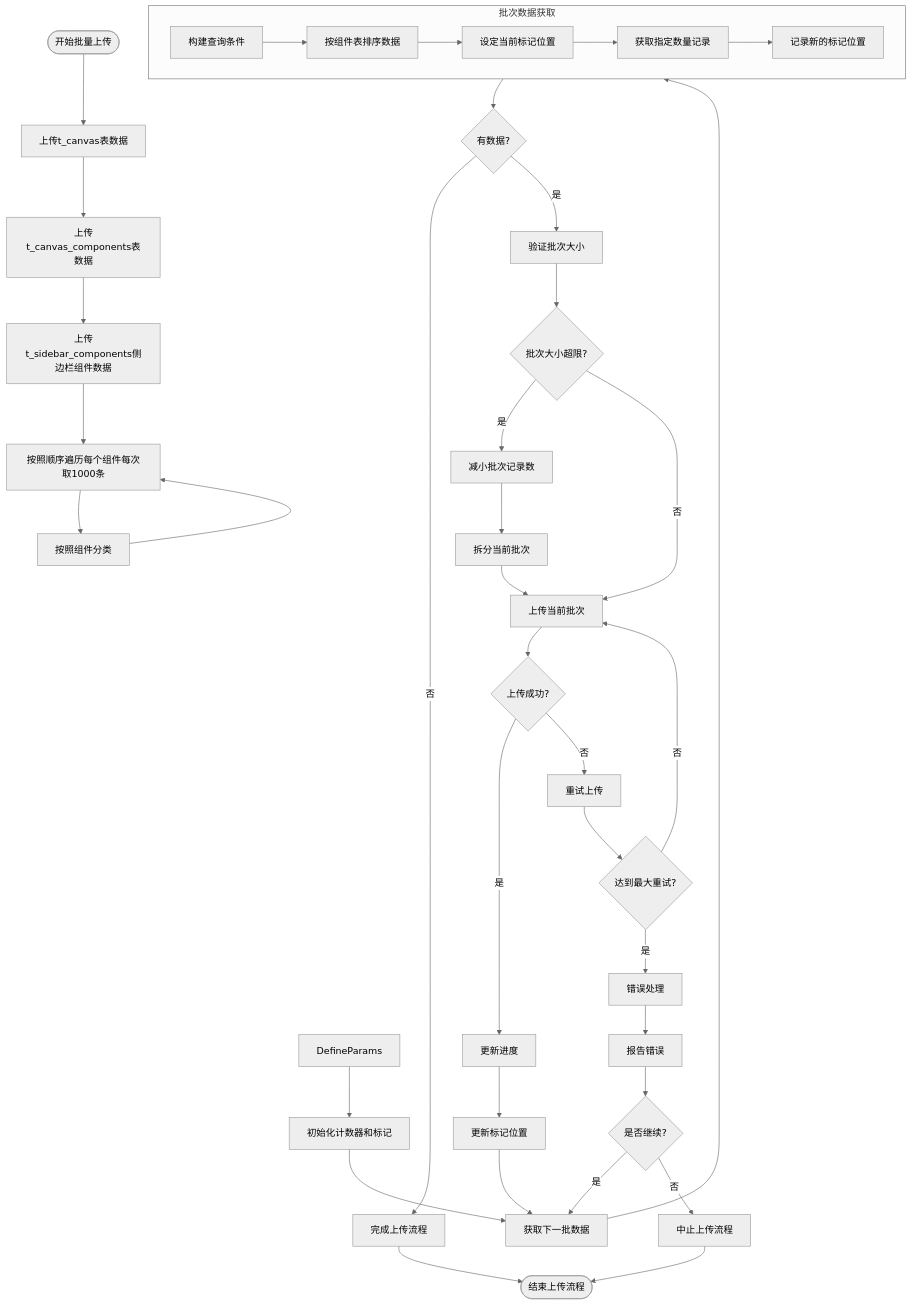
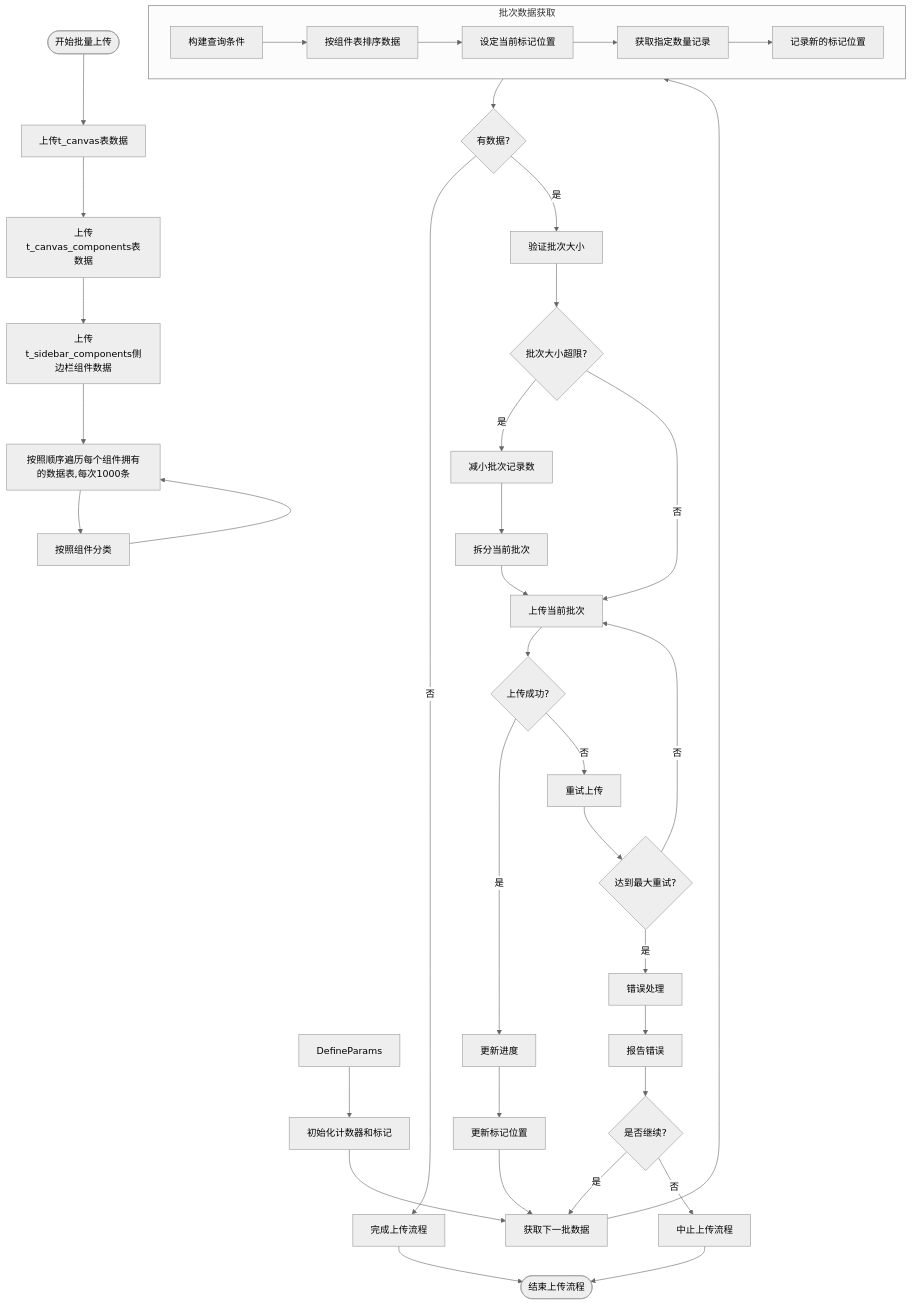
The diagram in all/未命名-51.md (yingjianzh/iodraw-files), drawn with Mermaid (neutral theme) before and after one commit.

Commit message:
2025-05-08 17:27:53 update

````diff
--- a/all/未命名-51.md
+++ b/all/未命名-51.md
@@ -1,54 +1,54 @@
 ```mermaid
 flowchart TD
     Start([开始批量上传]) --> UploadSpaceData[上传t_canvas表数据]
     UploadSpaceData --> UploadComponentListData[上传t_canvas_components表数据]
     UploadComponentListData --> UploadSiderComponent[上传t_sidebar_components侧边栏组件数据]
     
     UploadSiderComponent --> UploadData[获取需要上传的组件/组件实例表]
 
     UploadData --> ClassifyData[按照组件分类]
 
-    ClassifyData --> UploadData[按照顺序遍历每个组件每次取1000条]
+    ClassifyData --> UploadData[按照顺序遍历每个组件拥有的数据表,每次1000条]
     DefineParams --> InitCounters[初始化计数器和标记]
     
     InitCounters --> FetchNextBatch[获取下一批数据]
     
     subgraph BatchFetch [批次数据获取]
         A[构建查询条件] --> B[按组件表排序数据]
         B --> C[设定当前标记位置]
         C --> D[获取指定数量记录]
         D --> E[记录新的标记位置]
     end
     
     FetchNextBatch --> BatchFetch
     
     BatchFetch --> CheckResults{有数据?}
     CheckResults -->|否| CompleteUpload[完成上传流程]
     CheckResults -->|是| ValidateBatch[验证批次大小]
     
     ValidateBatch --> SizeTooLarge{批次大小超限?}
     SizeTooLarge -->|是| AdjustBatchSize[减小批次记录数]
     SizeTooLarge -->|否| UploadBatch[上传当前批次]
     
     AdjustBatchSize --> SplitBatch[拆分当前批次]
     SplitBatch --> UploadBatch
     
     UploadBatch --> UploadSuccess{上传成功?}
     UploadSuccess -->|是| UpdateProgress[更新进度]
     UploadSuccess -->|否| RetryUpload[重试上传]
     
     RetryUpload --> MaxRetries{达到最大重试?}
     MaxRetries -->|否| UploadBatch
     MaxRetries -->|是| ErrorHandling[错误处理]
     
     ErrorHandling --> ReportError[报告错误]
     ReportError --> ContinueOption{是否继续?}
     ContinueOption -->|是| FetchNextBatch
     ContinueOption -->|否| AbortProcess[中止上传流程]
     
     UpdateProgress --> UpdateMarker[更新标记位置]
     UpdateMarker --> FetchNextBatch
     
     CompleteUpload --> End([结束上传流程])
     AbortProcess --> End
 ```
````
